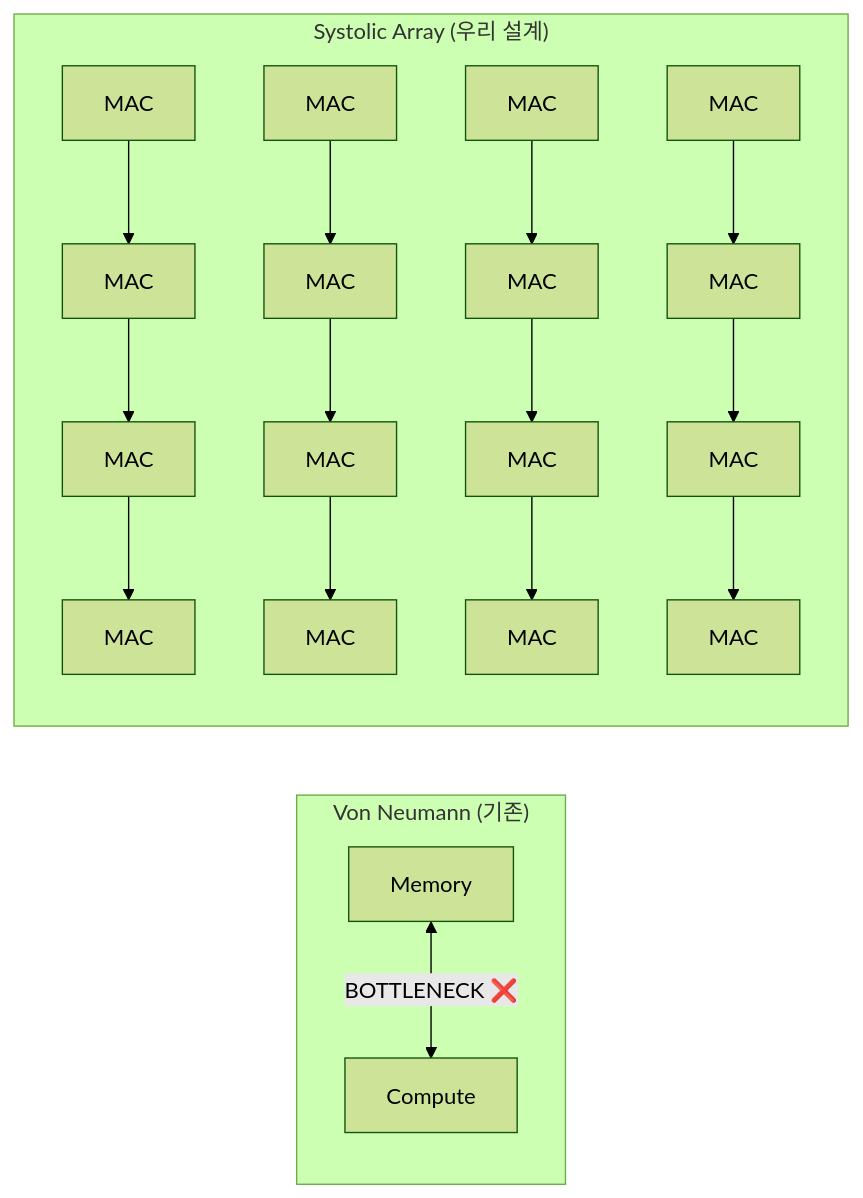
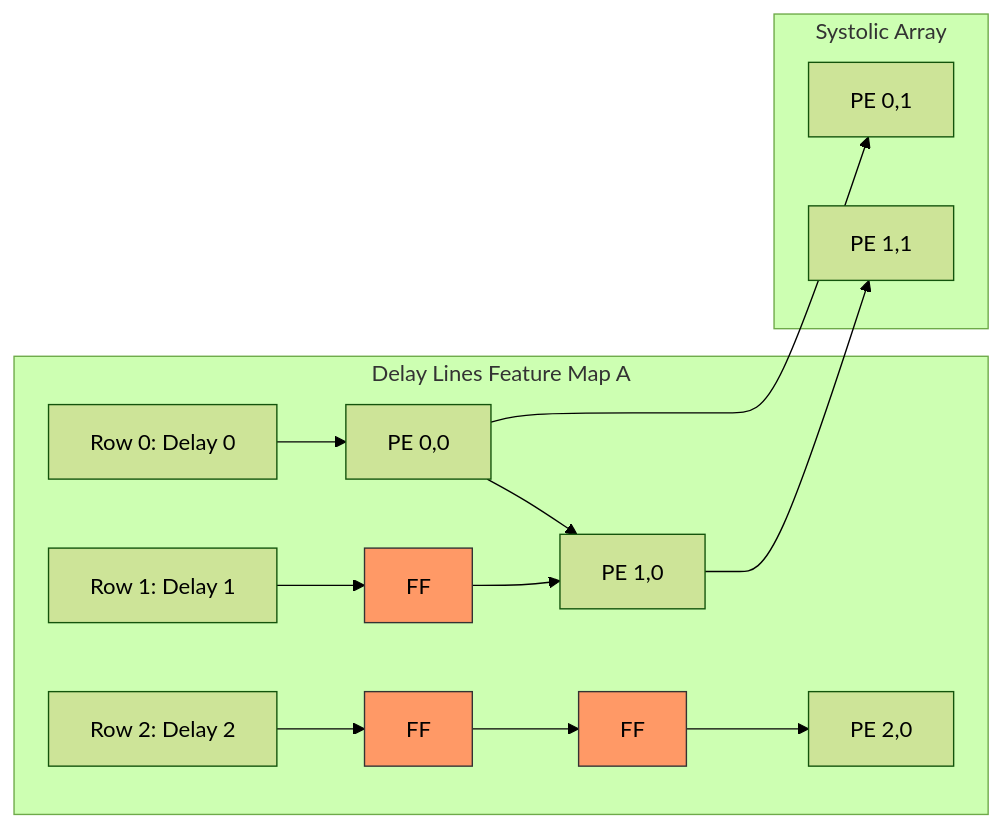
The third of 4 diagrams in Architecture/Architecture.md (hwkim-dev/NPU-FPGA-Transformer-Accelerator-KV260), drawn with Mermaid (forest theme) before and after one commit. The commit also changed other lines of this file and 7 other files, not shown here.

Commit message:
UPDATE: architecture description

````diff
--- a/Architecture/Architecture.md
+++ b/Architecture/Architecture.md
@@ -7,14 +112,18 @@
 ```mermaid
 graph LR
-    subgraph "Von Neumann (기존)"
-        M1[Memory] <-->|BOTTLENECK ❌| C1[Compute]
+    subgraph Delay Lines Feature Map A
+        A0[Row 0: Delay 0] --> PE00[PE 0,0]
+        A1[Row 1: Delay 1] --> D1[FF] --> PE10[PE 1,0]
+        A2[Row 2: Delay 2] --> D2[FF] --> D3[FF] --> PE20[PE 2,0]
     end
-
-    subgraph "Systolic Array (우리 설계)"
-        direction TB
-        M00[MAC] --> M01[MAC] --> M02[MAC] --> M03[MAC]
-        M10[MAC] --> M11[MAC] --> M12[MAC] --> M13[MAC]
-        M20[MAC] --> M21[MAC] --> M22[MAC] --> M23[MAC]
-        M30[MAC] --> M31[MAC] --> M32[MAC] --> M33[MAC]
+    
+    subgraph Systolic Array
+        PE00 --> PE01[PE 0,1]
+        PE00 --> PE10
+        PE10 --> PE11[PE 1,1]
     end
+    
+    style D1 fill:#f96,stroke:#333
+    style D2 fill:#f96,stroke:#333
+    style D3 fill:#f96,stroke:#333
 ```
````
